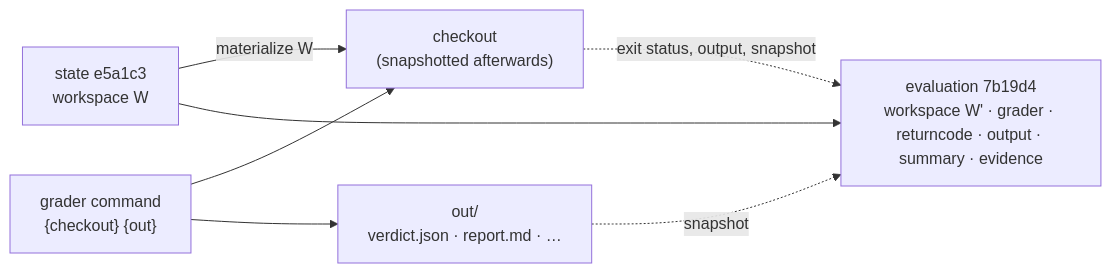
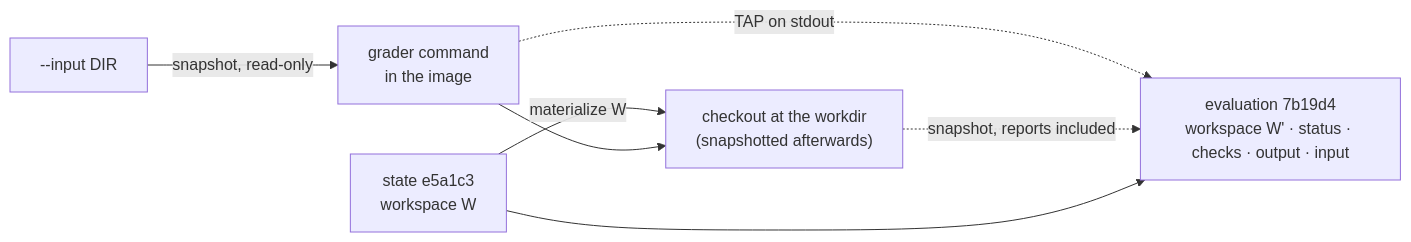
One commit to pku-xht/alaya changed the ninth of 9 diagrams in docs/trajectory-schema.md. Above: the diagram before and after it, drawn with Mermaid. The commit also changed other lines of this file and 21 other files, not shown here.

First line of the commit message:
Grade through TAP, with trusted input at /grader and an optional grader image

````diff
--- a/docs/trajectory-schema.md
+++ b/docs/trajectory-schema.md
@@ -435,9 +460,9 @@
 ```mermaid
 flowchart LR
-  S["state e5a1c3<br/>workspace W"] -->|"materialize W"| C["checkout<br/>(snapshotted afterwards)"]
-  G["grader command<br/>{checkout} {out}"] --> C
-  G --> O["out/<br/>verdict.json · report.md · …"]
-  C -.->|"exit status, output, snapshot"| E["evaluation 7b19d4<br/>workspace W' · grader · returncode · output · summary · evidence"]
-  O -.->|"snapshot"| E
+  S["state e5a1c3<br/>workspace W"] -->|"materialize W"| C["checkout at the workdir<br/>(snapshotted afterwards)"]
+  I["--input DIR"] -->|"snapshot, read-only"| G
+  G["grader command<br/>in the image"] --> C
+  G -.->|"TAP on stdout"| E["evaluation 7b19d4<br/>workspace W' · status · checks · output · input"]
+  C -.->|"snapshot, reports included"| E
   S --> E
 ```
````
